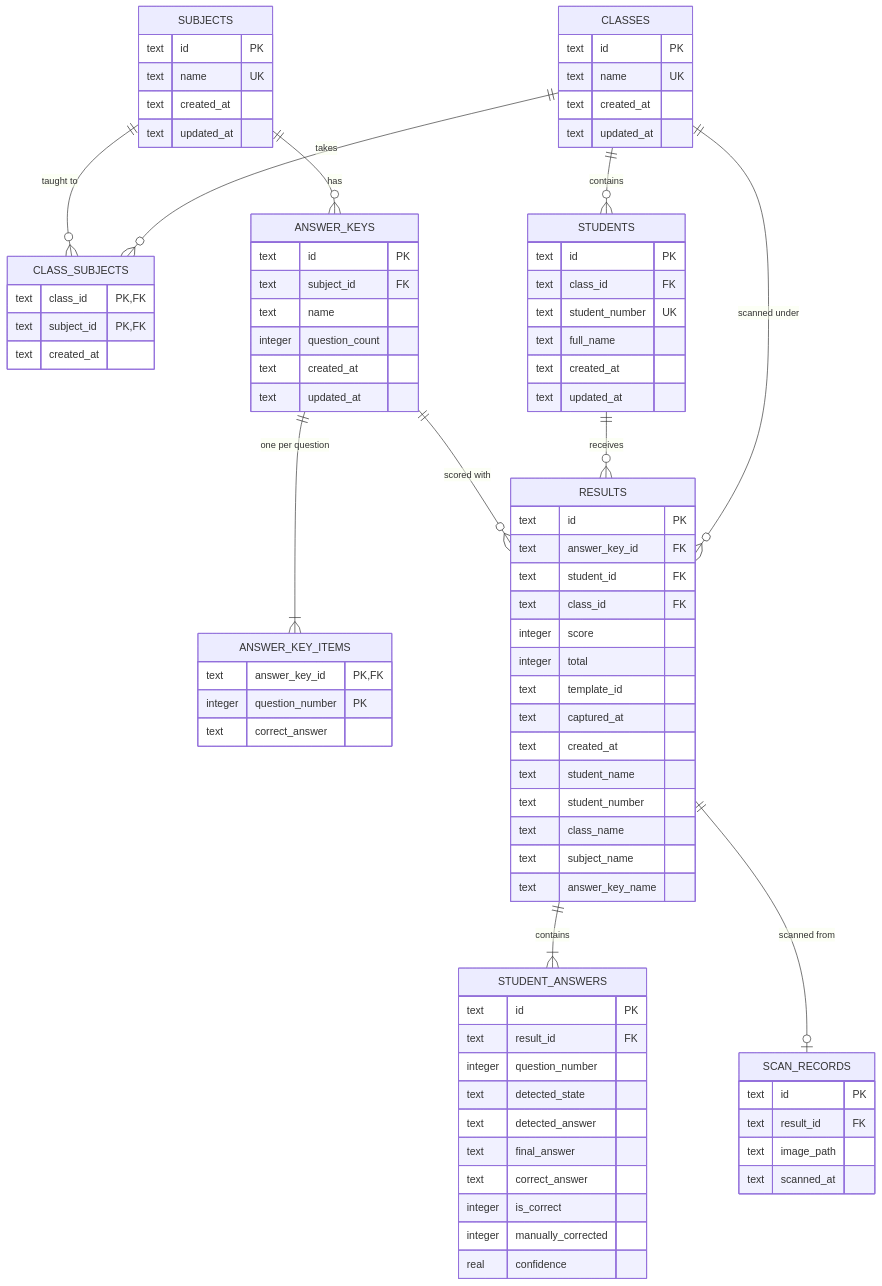
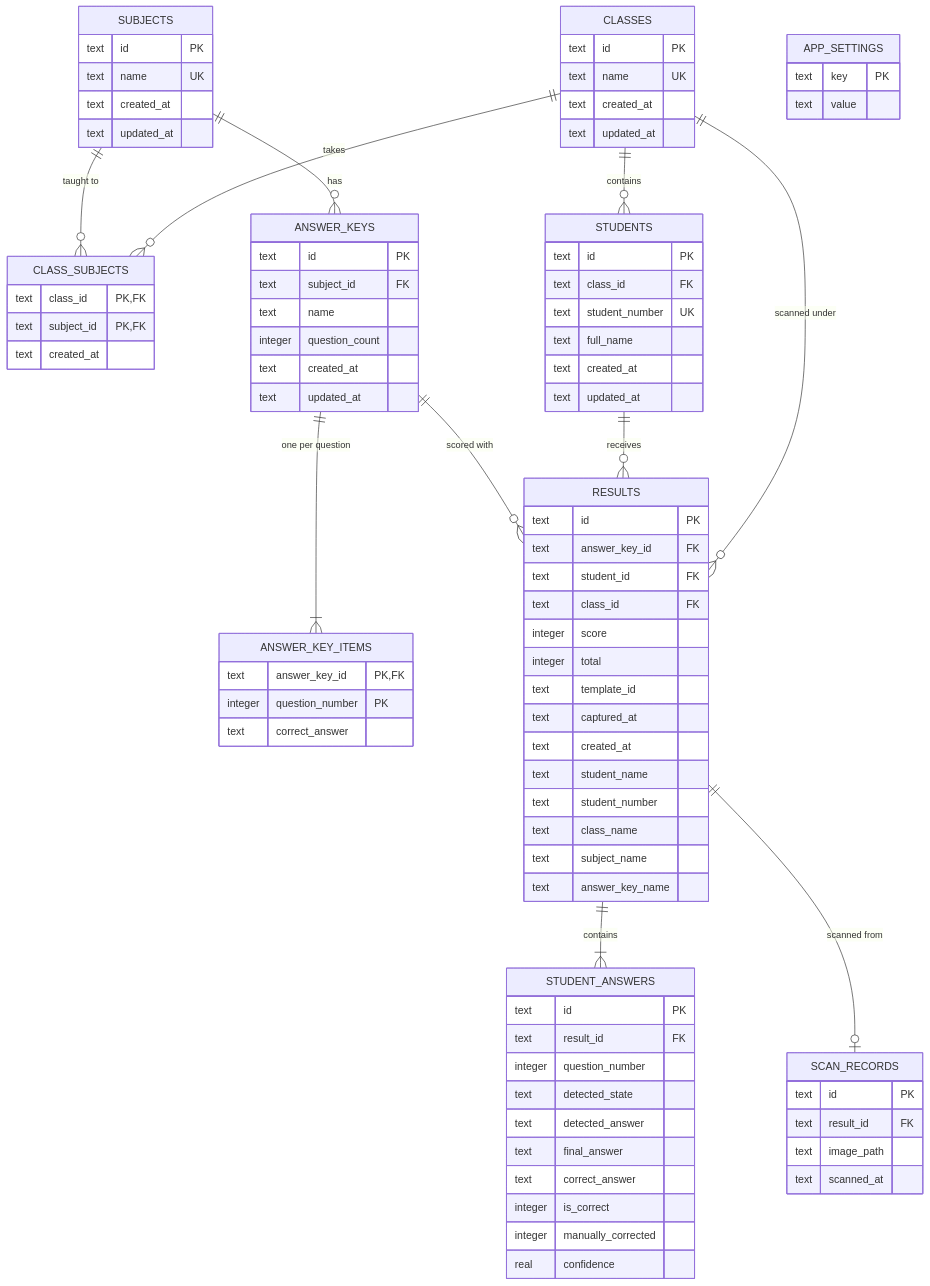
Before and after one commit to nicolaseugenio2022-cyber/answer-checker: the sixth of 18 diagrams in docs/diagrams.md, drawn with Mermaid. The commit also changed other lines of this file and 5 other files, not shown here.

Commit message:
docs: synchronize documentation with schema version 8, start-up, and loading

````diff
--- a/docs/diagrams.md
+++ b/docs/diagrams.md
@@ -209,4 +254,8 @@
         text image_path
         text scanned_at
     }
+    APP_SETTINGS {
+        text key PK
+        text value
+    }
 ```
````
